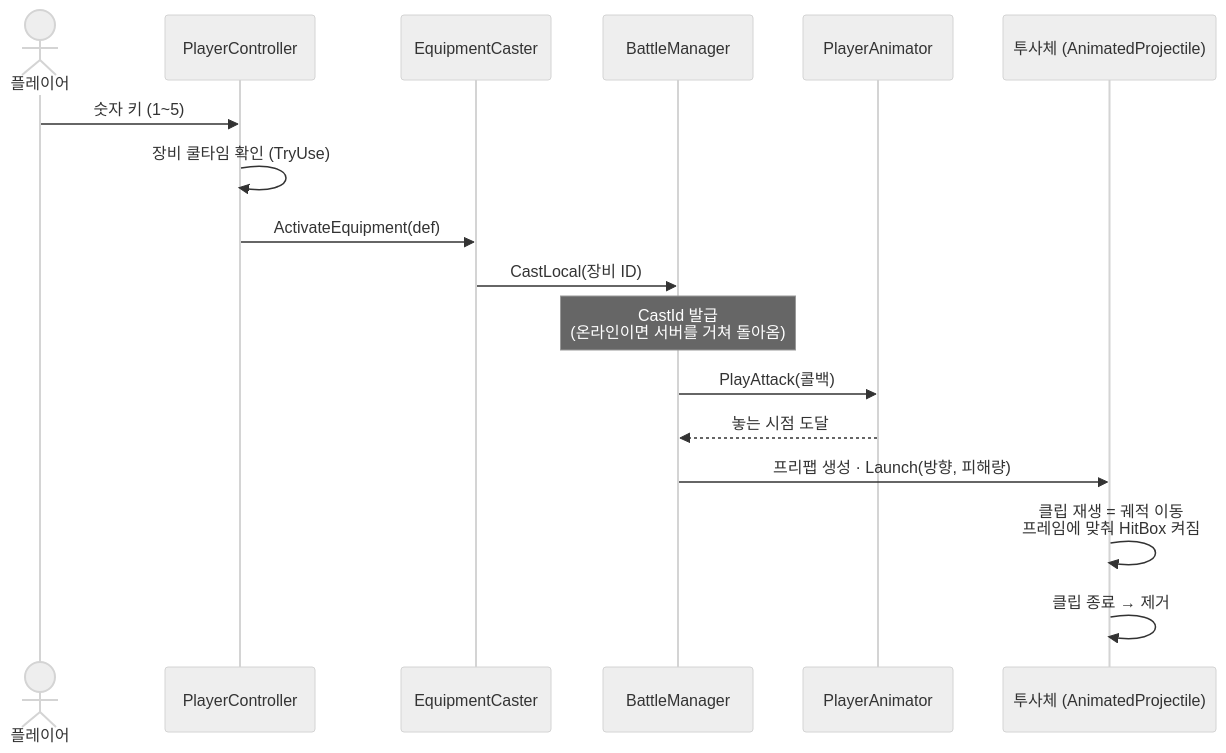
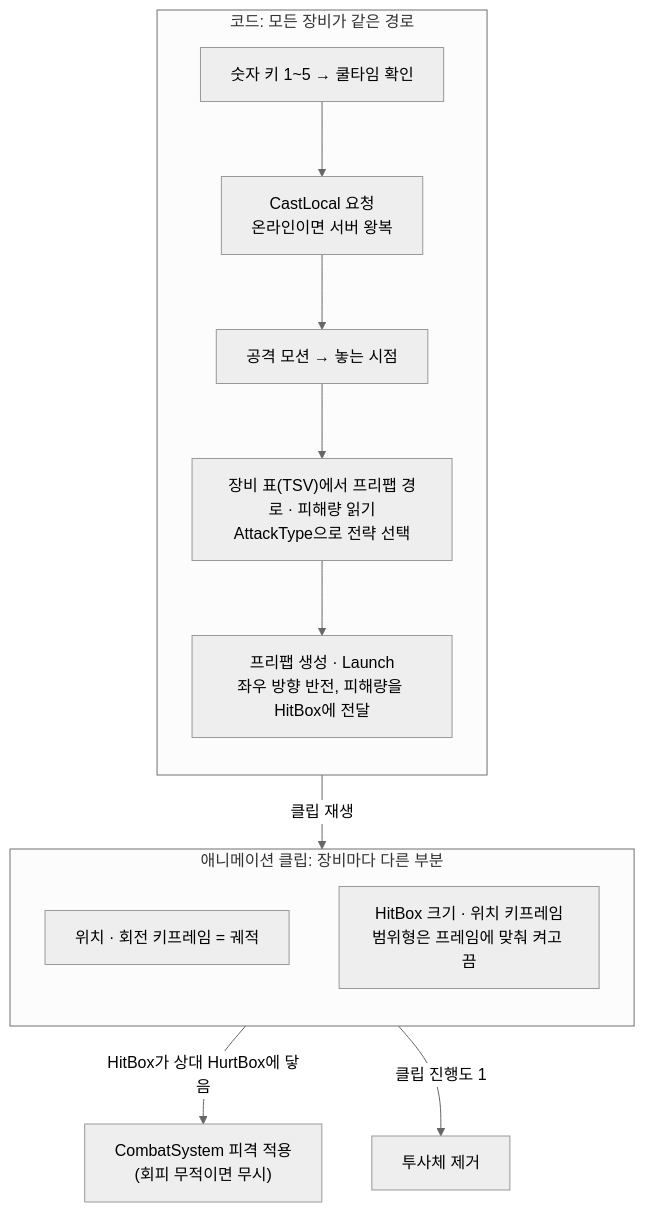
The second of 3 diagrams in src/1-yggdrasil/기술문서.md (Gryphon34/portfolio-template), drawn with Mermaid before and after one commit. The commit also changed other lines of this file and 2 other files, not shown here.

````diff
--- a/src/1-yggdrasil/기술문서.md
+++ b/src/1-yggdrasil/기술문서.md
@@ -349,21 +355,21 @@
 ```mermaid
 %%{init: {'theme':'neutral'}}%%
-sequenceDiagram
-    actor U as 플레이어
-    participant PC as PlayerController
-    participant EC as EquipmentCaster
-    participant BM as BattleManager
-    participant PA as PlayerAnimator
-    participant AP as 투사체 (AnimatedProjectile)
+flowchart TB
+    subgraph CODE["코드: 모든 장비가 같은 경로"]
+        direction TB
+        K["숫자 키 1~5 → 쿨타임 확인"] --> R["CastLocal 요청<br/>온라인이면 서버 왕복"]
+        R --> M["공격 모션 → 놓는 시점"]
+        M --> T["장비 표(TSV)에서 프리팹 경로 · 피해량 읽기<br/>AttackType으로 전략 선택"]
+        T --> L["프리팹 생성 · Launch<br/>좌우 방향 반전, 피해량을 HitBox에 전달"]
+    end
 
-    U->>PC: 숫자 키 (1~5)
-    PC->>PC: 장비 쿨타임 확인 (TryUse)
-    PC->>EC: ActivateEquipment(def)
-    EC->>BM: CastLocal(장비 ID)
-    Note over BM: CastId 발급<br/>(온라인이면 서버를 거쳐 돌아옴)
-    BM->>PA: PlayAttack(콜백)
-    PA-->>BM: 놓는 시점 도달
-    BM->>AP: 프리팹 생성 · Launch(방향, 피해량)
-    AP->>AP: 클립 재생 = 궤적 이동<br/>프레임에 맞춰 HitBox 켜짐
-    AP->>AP: 클립 종료 → 제거
+    subgraph CLIP["애니메이션 클립: 장비마다 다른 부분"]
+        direction TB
+        P["위치 · 회전 키프레임 = 궤적"]
+        H["HitBox 크기 · 위치 키프레임<br/>범위형은 프레임에 맞춰 켜고 끔"]
+    end
+
+    L -->|클립 재생| CLIP
+    CLIP -->|HitBox가 상대 HurtBox에 닿음| D["CombatSystem 피격 적용<br/>(회피 무적이면 무시)"]
+    CLIP -->|클립 진행도 1| X["투사체 제거"]
 ```
````
